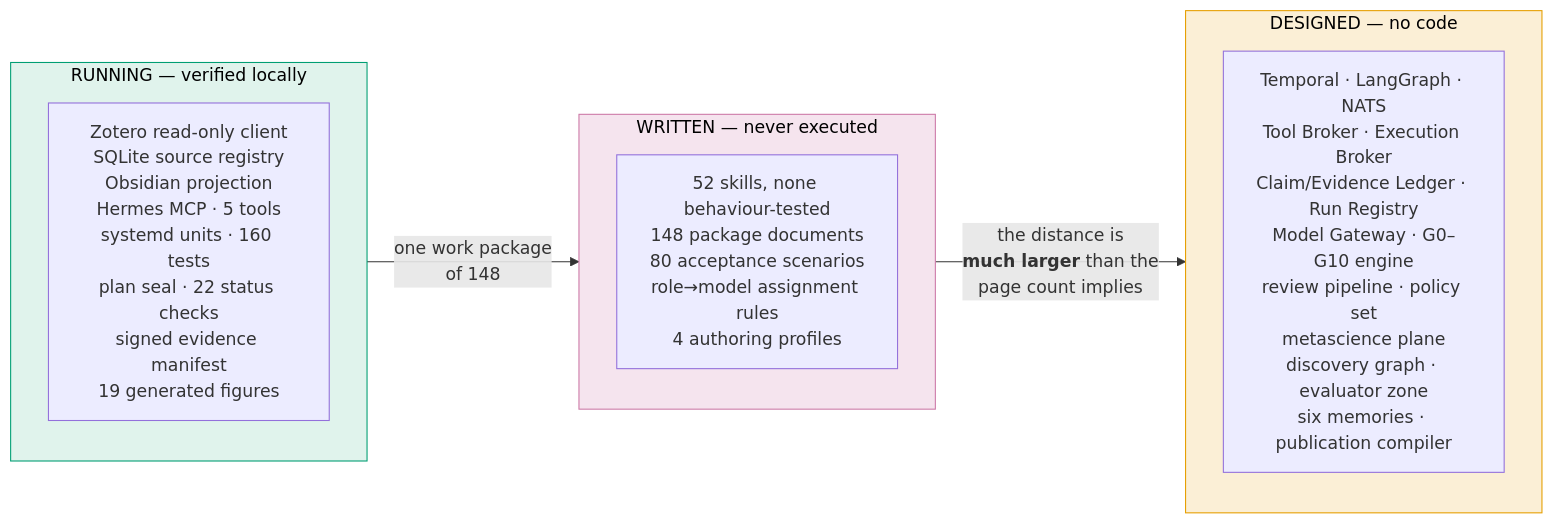
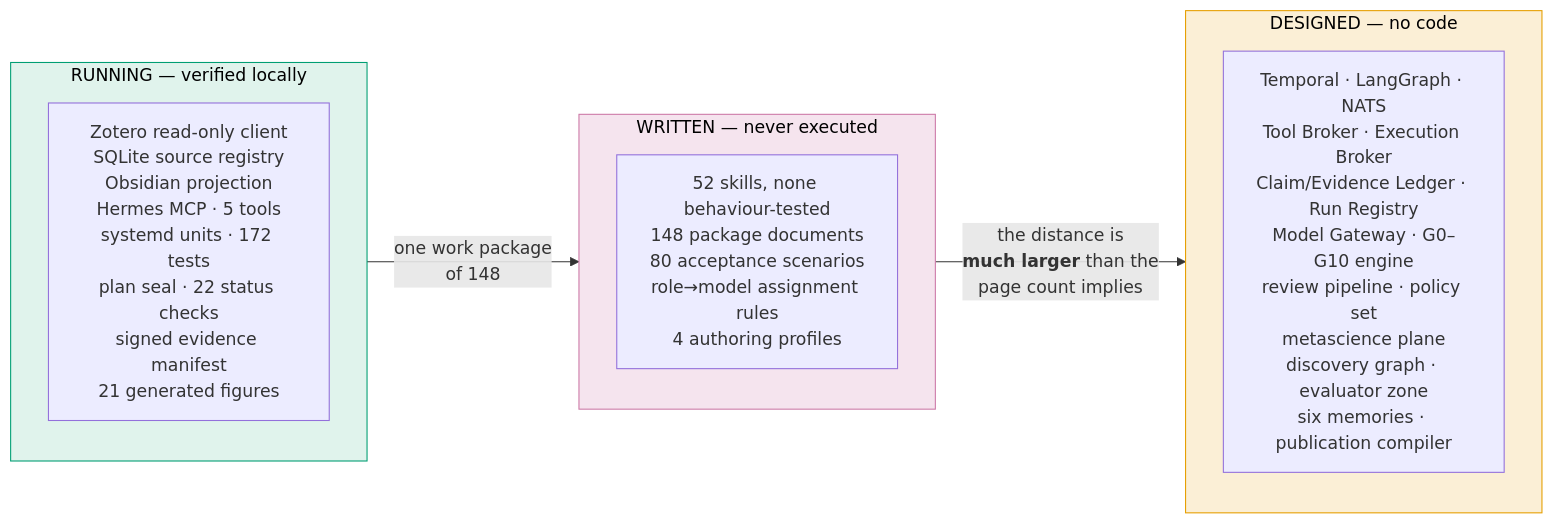
Diagram 23 of 24 in docs/architecture/AETHRION_ARCHITECTURE.md (furkanhanilci/AETHRION), drawn with Mermaid before and after one commit. The commit also changed other lines of this file and 166 other files, not shown here.

````diff
--- a/docs/architecture/AETHRION_ARCHITECTURE.md
+++ b/docs/architecture/AETHRION_ARCHITECTURE.md
@@ -981,17 +1042,17 @@
 ```mermaid
 flowchart LR
     subgraph WORKING["RUNNING — verified locally"]
-        W["Zotero read-only client<br/>SQLite source registry<br/>Obsidian projection<br/>Hermes MCP · 5 tools<br/>systemd units · 160 tests<br/>plan seal · 22 status checks<br/>signed evidence manifest<br/>19 generated figures"]
+        W["Zotero read-only client<br/>SQLite source registry<br/>Obsidian projection<br/>Hermes MCP · 5 tools<br/>systemd units · 172 tests<br/>plan seal · 22 status checks<br/>signed evidence manifest<br/>21 generated figures"]
     end
     subgraph WRITTEN["WRITTEN — never executed"]
         S["52 skills, none behaviour-tested<br/>148 package documents<br/>80 acceptance scenarios<br/>role→model assignment rules<br/>4 authoring profiles"]
     end
     subgraph DESIGNED["DESIGNED — no code"]
         D["Temporal · LangGraph · NATS<br/>Tool Broker · Execution Broker<br/>Claim/Evidence Ledger · Run Registry<br/>Model Gateway · G0–G10 engine<br/>review pipeline · policy set<br/>metascience plane<br/>discovery graph · evaluator zone<br/>six memories · publication compiler"]
     end
     WORKING -->|"one work package<br/>of 148"| WRITTEN
     WRITTEN -->|"the distance is<br/><b>much larger</b> than the<br/>page count implies"| DESIGNED
     style WORKING fill:#E0F3EC,stroke:#009E73,color:#000
     style WRITTEN fill:#F5E4EE,stroke:#CC79A7,color:#000
     style DESIGNED fill:#FBEFD6,stroke:#E69F00,color:#000
 ```
````
